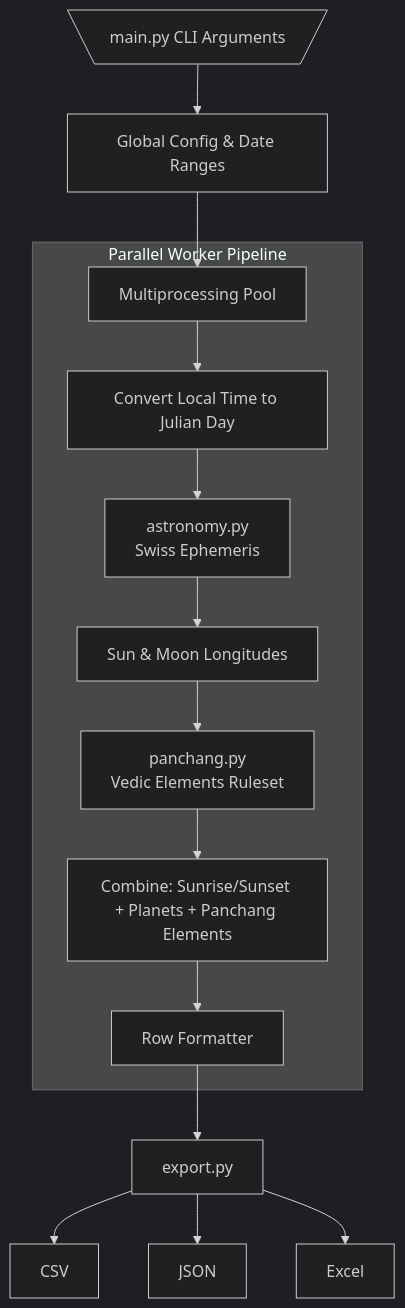
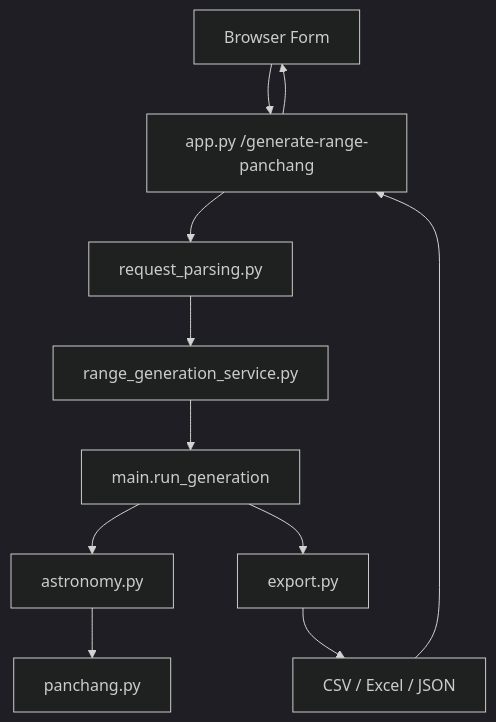
The second of 3 diagrams in docs/architecture.md (ManishSAMA/Panchnag), drawn with Mermaid (dark theme) before and after one commit. The commit also changed other lines of this file and 35 other files, not shown here.

````diff
--- a/docs/architecture.md
+++ b/docs/architecture.md
@@ -12,20 +103,13 @@
 ```mermaid
 flowchart TD
-    CLI[\main.py CLI Arguments/] --> Config[Global Config & Date Ranges]
-    Config --> Pool[Multiprocessing Pool]
-    
-    subgraph Parallel Worker Pipeline
-        Pool --> JD[Convert Local Time to Julian Day]
-        JD --> Ast[astronomy.py\nSwiss Ephemeris]
-        Ast --> MoonSun[Sun & Moon Longitudes]
-        MoonSun --> Panchang[panchang.py\nVedic Elements Ruleset]
-        
-        Panchang --> Aggregate[Combine: Sunrise/Sunset + Planets + Panchang Elements]
-        Aggregate --> Fmt[Row Formatter]
-    end
-
-    Fmt --> Exporter[export.py]
-    Exporter --> Format1[CSV]
-    Exporter --> Format2[JSON]
-    Exporter --> Format3[Excel]
+    Browser[Browser Form] --> Flask[app.py /generate-range-panchang]
+    Flask --> Parse[request_parsing.py]
+    Parse --> RangeService[range_generation_service.py]
+    RangeService --> Runner[main.run_generation]
+    Runner --> Astro[astronomy.py]
+    Astro --> Panchang[panchang.py]
+    Runner --> Export[export.py]
+    Export --> Files[CSV / Excel / JSON]
+    Files --> Flask
+    Flask --> Browser
 ```
````
